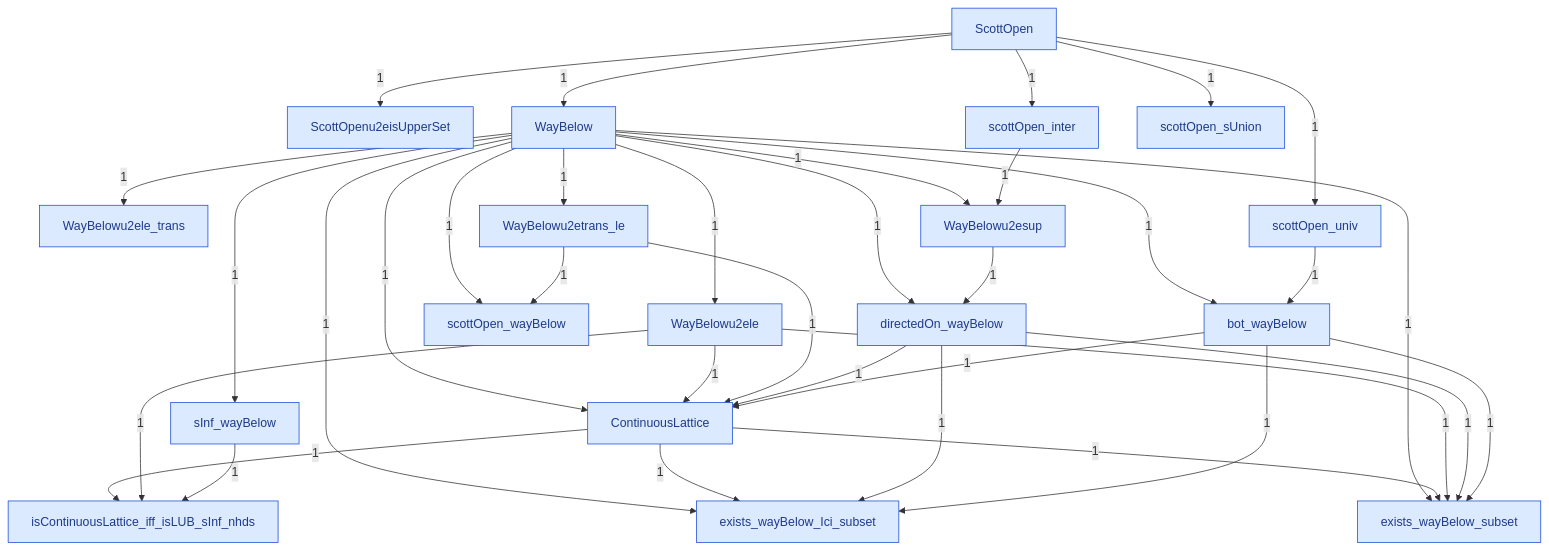
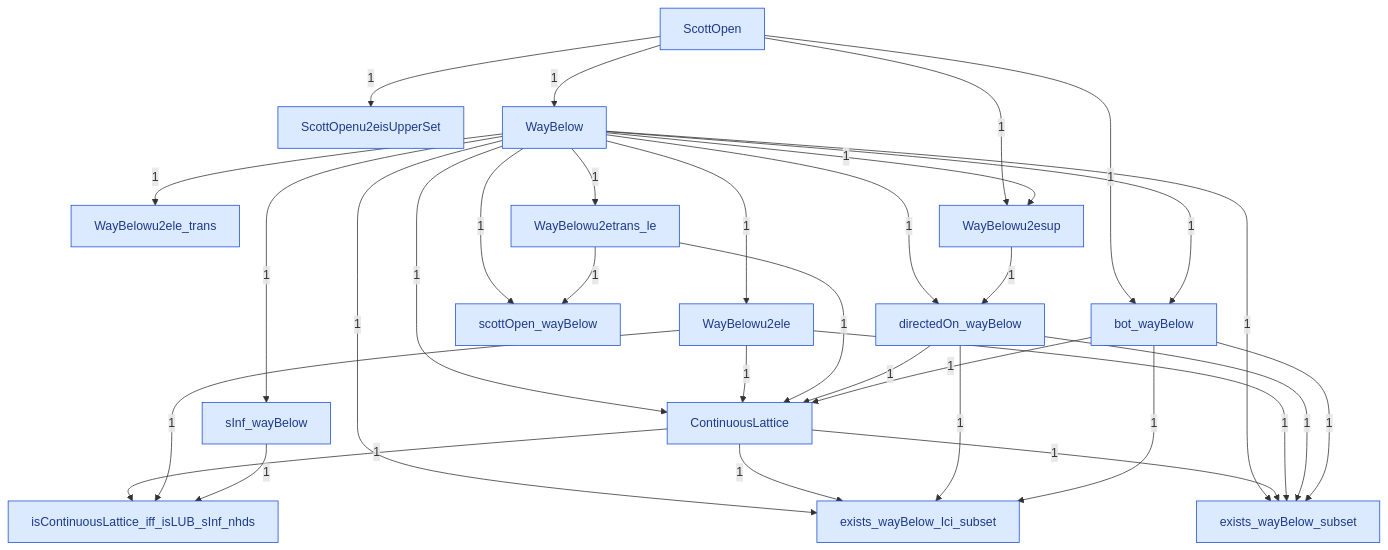
Before and after one commit to catskillsresearch/DomainTheory: the diagram in DomainTheory/ContinuousLattice/WayBelow/WayBelow.mermaid, drawn with Mermaid. The commit also changed 54 other files, not shown here.

Commit message:
File Scott-open closure with ScottOpen, and list the way-below notes on the chapter page.

```diff
--- a/DomainTheory/ContinuousLattice/WayBelow/WayBelow.mermaid
+++ b/DomainTheory/ContinuousLattice/WayBelow/WayBelow.mermaid
@@ -1,79 +1,70 @@
 %% Inside WayBelow. A box is one Lean file in this folder.
 %% A box named as another folder is that whole folder. A box named as another chapter is that whole chapter.
 %% The arrowhead points at the file or folder that imports. The label is how many direct imports.
 flowchart TB
   N0["ScottOpen"]
   N1["ScottOpenu2eisUpperSet"]
   N2["WayBelow"]
   N4["ContinuousLattice"]
   N5["WayBelowu2ele"]
   N6["WayBelowu2ele_trans"]
   N7["WayBelowu2etrans_le"]
   N8["sInf_wayBelow"]
   N9["isContinuousLattice_iff_isLUB_sInf_nhds"]
-  N10["scottOpen_inter"]
   N11["WayBelowu2esup"]
   N12["directedOn_wayBelow"]
-  N13["scottOpen_sUnion"]
-  N14["scottOpen_univ"]
   N15["bot_wayBelow"]
   N16["exists_wayBelow_Ici_subset"]
   N17["exists_wayBelow_subset"]
   N18["scottOpen_wayBelow"]
 
   N0 -->|"1"| N1
   N0 -->|"1"| N2
   N2 -->|"1"| N4
   N5 -->|"1"| N4
   N7 -->|"1"| N4
   N12 -->|"1"| N4
   N15 -->|"1"| N4
   N2 -->|"1"| N5
   N2 -->|"1"| N6
   N2 -->|"1"| N7
   N2 -->|"1"| N8
   N4 -->|"1"| N9
   N5 -->|"1"| N9
   N8 -->|"1"| N9
-  N0 -->|"1"| N10
+  N0 -->|"1"| N11
   N2 -->|"1"| N11
-  N10 -->|"1"| N11
   N2 -->|"1"| N12
   N11 -->|"1"| N12
-  N0 -->|"1"| N13
-  N0 -->|"1"| N14
+  N0 -->|"1"| N15
   N2 -->|"1"| N15
-  N14 -->|"1"| N15
   N2 -->|"1"| N16
   N4 -->|"1"| N16
   N12 -->|"1"| N16
   N15 -->|"1"| N16
   N2 -->|"1"| N17
   N4 -->|"1"| N17
   N5 -->|"1"| N17
   N12 -->|"1"| N17
   N15 -->|"1"| N17
   N2 -->|"1"| N18
   N7 -->|"1"| N18
 
   classDef file fill:#dbeafe,stroke:#1d4ed8,color:#1e3a8a
   classDef ext fill:#f3f4f6,stroke:#374151,color:#111827
 
   class N0 file
   class N1 file
   class N2 file
   class N4 file
   class N5 file
   class N6 file
   class N7 file
   class N8 file
   class N9 file
-  class N10 file
   class N11 file
   class N12 file
-  class N13 file
-  class N14 file
   class N15 file
   class N16 file
   class N17 file
   class N18 file
```
